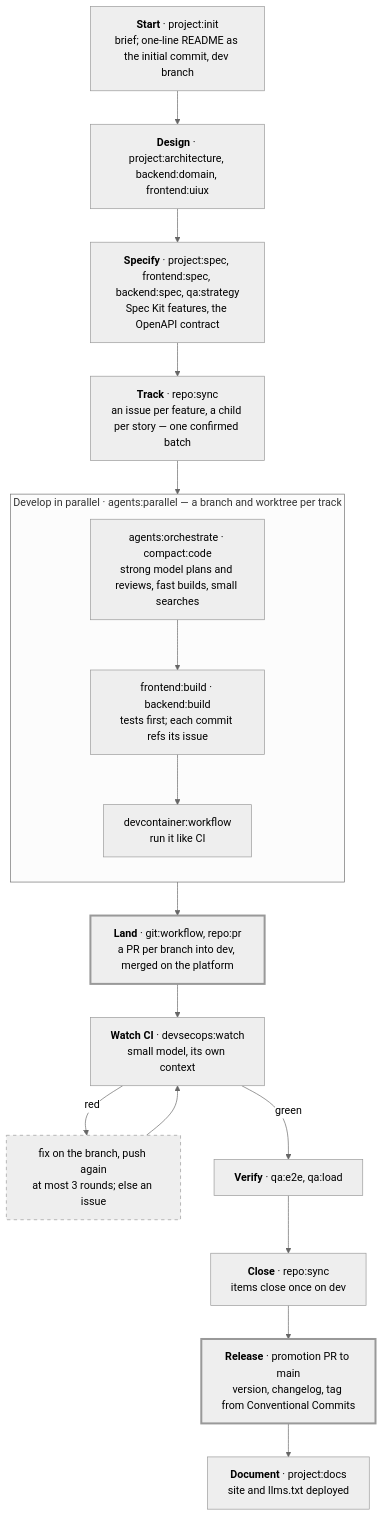
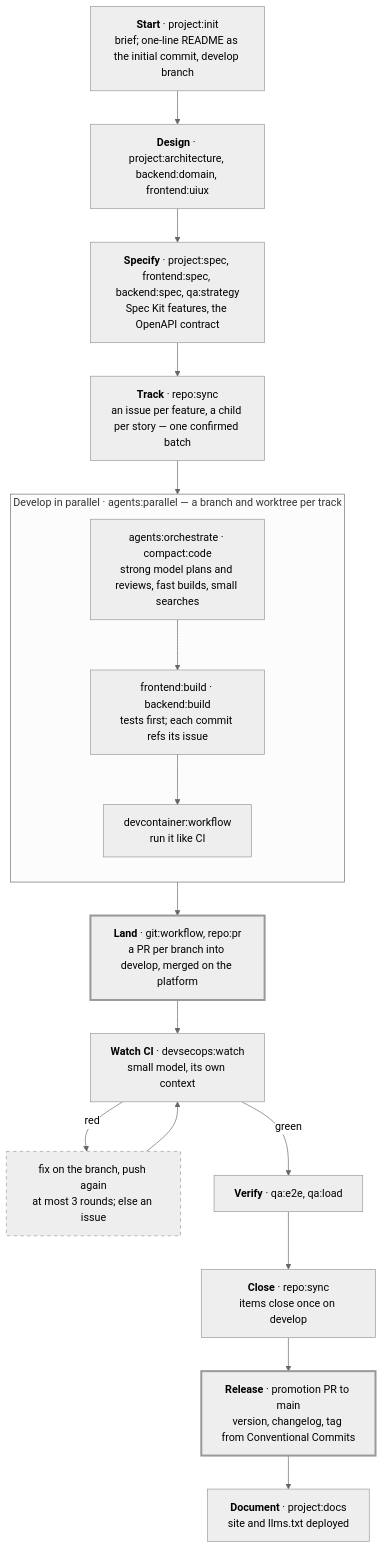
Before and after one commit to lucasvmigotto/ai-gent: the third of 3 diagrams in README.md, drawn with Mermaid (neutral theme). The commit also changed other lines of this file and 30 other files, not shown here.

First line of the commit message:
chore: rename the integration branch dev to develop

````diff
--- a/README.md
+++ b/README.md
@@ -321,32 +321,32 @@
 ```mermaid
 flowchart TD
     classDef asks stroke-width:3px
     classDef loop stroke-dasharray: 5 5
 
-    init["<b>Start</b> · project:init<br/>brief; one-line README as the initial commit, dev branch"]
+    init["<b>Start</b> · project:init<br/>brief; one-line README as the initial commit, develop branch"]
     design["<b>Design</b> · project:architecture, backend:domain, frontend:uiux"]
     specify["<b>Specify</b> · project:spec, frontend:spec, backend:spec, qa:strategy<br/>Spec Kit features, the OpenAPI contract"]
     track["<b>Track</b> · repo:sync<br/>an issue per feature, a child per story — one confirmed batch"]
     init --> design --> specify --> track
 
     subgraph parallel ["Develop in parallel · agents:parallel — a branch and worktree per track"]
         direction TB
         orchestrate["agents:orchestrate · compact:code<br/>strong model plans and reviews, fast builds, small searches"]
         build["frontend:build · backend:build<br/>tests first; each commit refs its issue"]
         run["devcontainer:workflow<br/>run it like CI"]
         orchestrate --> build --> run
     end
     track --> parallel
 
-    land["<b>Land</b> · git:workflow, repo:pr<br/>a PR per branch into dev, merged on the platform"]:::asks
+    land["<b>Land</b> · git:workflow, repo:pr<br/>a PR per branch into develop, merged on the platform"]:::asks
     watch["<b>Watch CI</b> · devsecops:watch<br/>small model, its own context"]
     fix["fix on the branch, push again<br/>at most 3 rounds; else an issue"]:::loop
     verify["<b>Verify</b> · qa:e2e, qa:load"]
-    close["<b>Close</b> · repo:sync<br/>items close once on dev"]
+    close["<b>Close</b> · repo:sync<br/>items close once on develop"]
     release["<b>Release</b> · promotion PR to main<br/>version, changelog, tag from Conventional Commits"]:::asks
     docs["<b>Document</b> · project:docs<br/>site and llms.txt deployed"]
 
     parallel --> land --> watch
     watch -- red --> fix --> watch
     watch -- green --> verify --> close --> release --> docs
 ```
````
